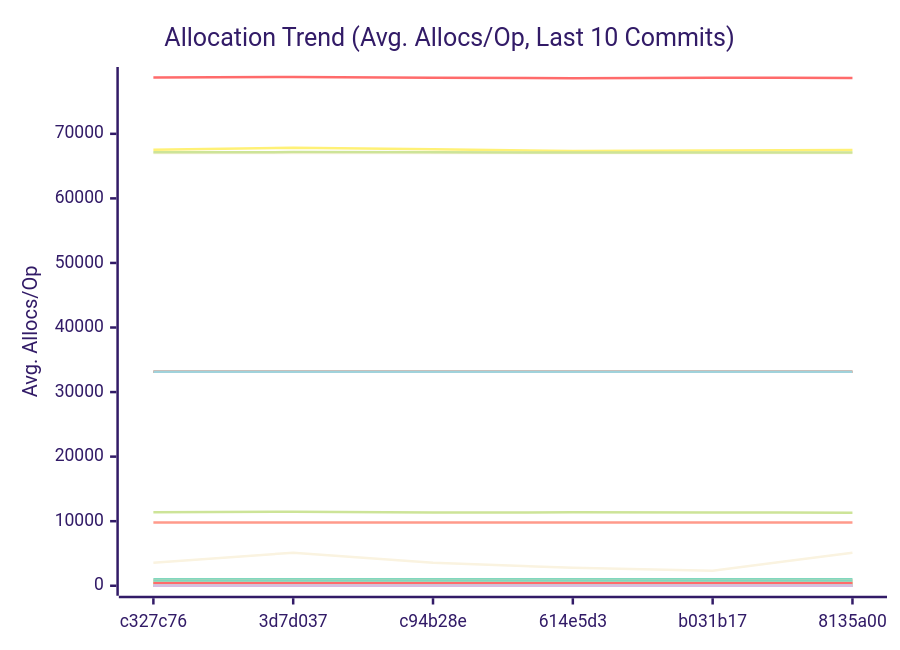
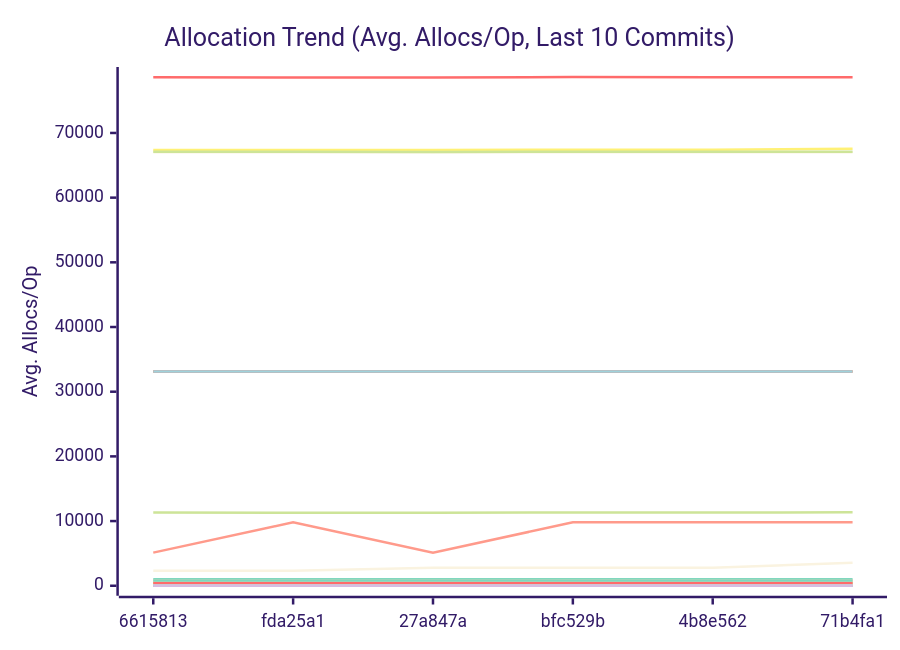
Before and after one commit to alsotoes/momo: the third of 3 diagrams in docs/PERFORMANCE.md, drawn with Mermaid (forest theme). The commit also changed other lines of this file and 190 other files, not shown here.

````diff
--- a/docs/PERFORMANCE.md
+++ b/docs/PERFORMANCE.md
@@ -360,44 +360,44 @@
 ```mermaid
 xychart-beta
     title "Allocation Trend (Avg. Allocs/Op, Last 10 Commits)"
     x-axis "Commit"
     y-axis "Avg. Allocs/Op"
-    x-axis [c327c76,3d7d037,c94b28e,614e5d3,b031b17,8135a00]
-    line "AWSChunkedReaderSigned" [11392,11480,11346,11370,11345,11319,11351,11392,11401,11341]
-    line "AWSChunkedReaderUnsigned" [78742,78802,78690,78621,78704,78640,78777,78804,78750,78733]
+    x-axis [6615813,fda25a1,27a847a,bfc529b,4b8e562,71b4fa1]
+    line "AWSChunkedReaderSigned" [11331,11296,11287,11338,11329,11352,11316,11313,11300,11299]
+    line "AWSChunkedReaderUnsigned" [78609,78579,78582,78651,78603,78618,78588,78582,78589,78575]
     line "CheckMetricsAndSwap" [0,0,0,0,0,0,0,0,0,0]
     line "CrushOptimized" [0,0,0,0,0,0,0,0,0,0]
     line "CrushOriginal" [3,3,3,3,3,3,3,3,3,3]
     line "FormatListObjectsV2XML_AppendFormat" [16,16,16,16,16,16,16,16,16,16]
     line "FormatListObjectsV2XML_OldFormat" [1000,1000,1000,1000,1000,1000,1000,1000,1000,1000]
     line "HashBytes/1MiB" [64,64,64,64,64,64,64,64,64,64]
     line "HashBytes/256MiB" [64,64,64,64,64,64,64,64,64,64]
     line "HashBytes/64MiB" [64,64,64,64,64,64,64,64,64,64]
     line "HashFile/1MiB" [33128,33128,33128,33128,33128,33128,33128,33128,33128,33128]
     line "HashFile/256MiB" [33128,33128,33128,33128,33128,33128,33128,33128,33128,33128]
-    line "HashFile/64MiB" [33128,33128,33128,33128,33128,33128,33128,33128,33128,33128]
+    line "HashFile/64MiB" [33128,33137,33128,33128,33128,33128,33128,33128,33128,33128]
     line "IndexDirectTracking" [0,0,0,0,0,0,0,0,0,0]
     line "IndexSearch" [0,0,0,0,0,0,0,0,0,0]
     line "LastModifiedHeader_AppendFormat" [0,0,0,0,0,0,0,0,0,0]
-    line "LastModifiedHeader_Format" [1,1,1,1,1,1,1,1,1,1]
+    line "LastModifiedHeader_Format" [0,0,0,0,1,1,1,1,1,1]
     line "LoadGlobalConfig" [58,58,58,58,58,58,58,58,58,58]
-    line "LocalWrite/1MiB" [67042,67042,67033,67031,67039,67040,67044,67048,67040,67040]
-    line "LocalWrite/256MiB" [67537,67838,67598,67348,67405,67488,67564,67569,67644,67553]
-    line "LocalWrite/64MiB" [67134,67169,67134,67099,67099,67127,67078,67158,67158,67139]
+    line "LocalWrite/1MiB" [67036,67029,67028,67031,67030,67036,67032,67034,67035,67028]
+    line "LocalWrite/256MiB" [67379,67372,67383,67413,67386,67552,67369,67393,67386,67388]
+    line "LocalWrite/64MiB" [67092,67077,67052,67096,67102,67105,67107,67056,67086,67077]
     line "PadString" [1,1,1,1,1,1,1,1,1,1]
     line "ParseReplicationOrder_NoPrealloc" [6,6,6,6,6,5,5,5,5,5]
     line "ParseReplicationOrder_Prealloc" [2,2,2,2,2,1,1,1,1,1]
     line "Placement" [6,6,6,6,6,6,6,6,6,6]
     line "PlacementDomainSpread" [6,6,6,6,6,6,6,6,6,6]
-    line "ReadVerify/1MiB" [493,526,438,437,474,439,490,440,496,437]
-    line "ReadVerify/256MiB" [9808,9808,9808,9808,9808,9808,9808,9808,9808,9808]
-    line "ReadVerify/64MiB" [3557,5120,3557,2776,2307,5120,3557,5120,3557,3557]
-    line "S3PutSpool/1MiB" [448,448,448,447,448,447,447,447,447,447]
+    line "ReadVerify/1MiB" [470,460,462,473,468,479,467,465,462,461]
+    line "ReadVerify/256MiB" [5120,9808,5120,9808,9808,9808,9808,9808,9808,9808]
+    line "ReadVerify/64MiB" [2307,2307,2776,2776,2776,3557,3557,2776,2307,2776]
+    line "S3PutSpool/1MiB" [447,447,447,447,447,447,447,447,447,447]
     line "S3PutSpool/256MiB" [448,448,448,448,448,448,448,448,448,448]
-    line "S3PutSpool/64MiB" [448,448,448,448,448,448,448,448,448,448]
+    line "S3PutSpool/64MiB" [448,448,448,448,448,448,448,448,448,446]
     line "SanitizeLog/Safe" [0,0,0,0,0,0,0,0,0,0]
     line "SanitizeLog/Unsafe" [1,1,1,1,1,1,1,1,1,1]
-    line "TrustedRead/1MiB" [800,800,800,800,800,858,800,800,800,800]
+    line "TrustedRead/1MiB" [800,800,800,839,840,800,834,800,800,800]
     line "TrustedRead/256MiB" [800,800,800,800,800,800,800,800,800,800]
     line "TrustedRead/64MiB" [800,800,800,800,800,800,800,800,800,800]
 ```
````
